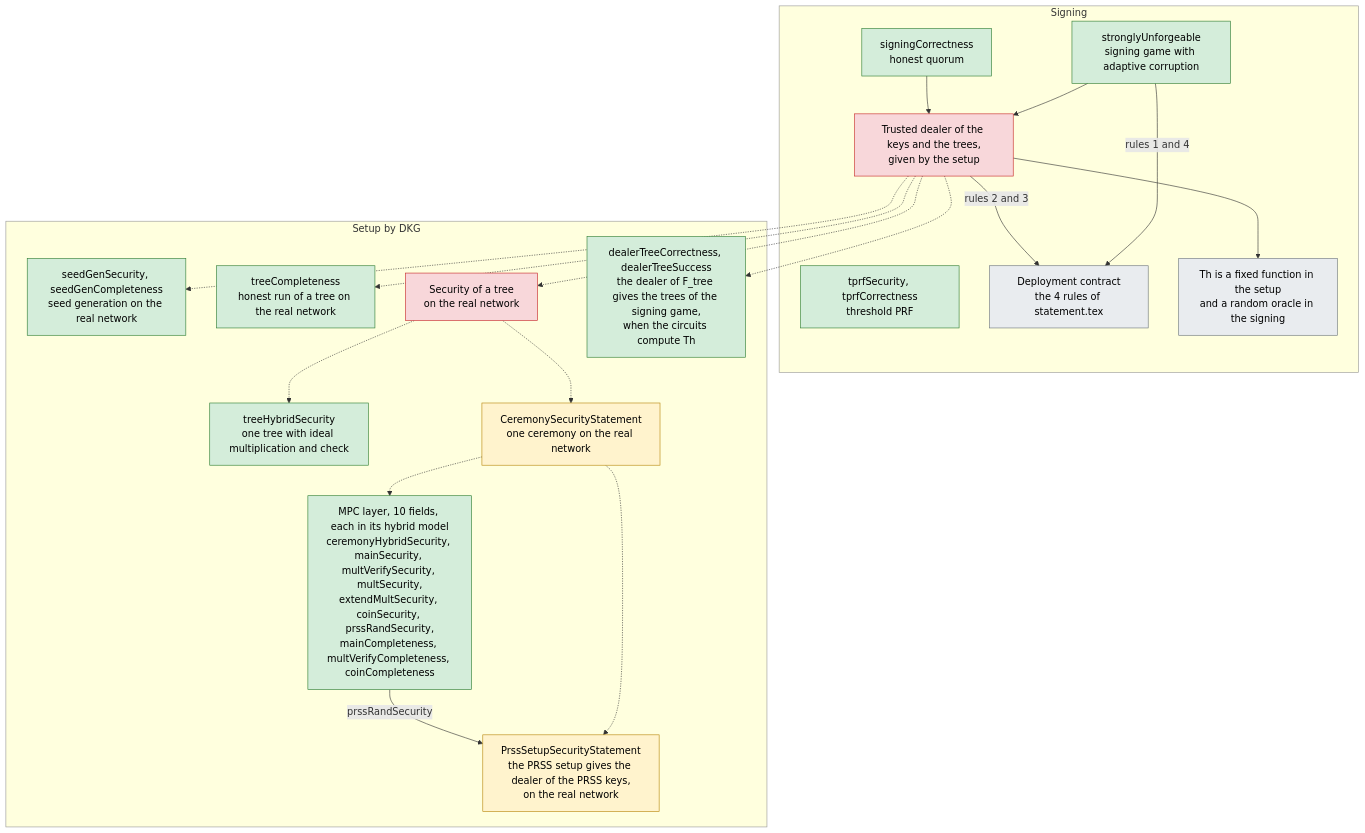
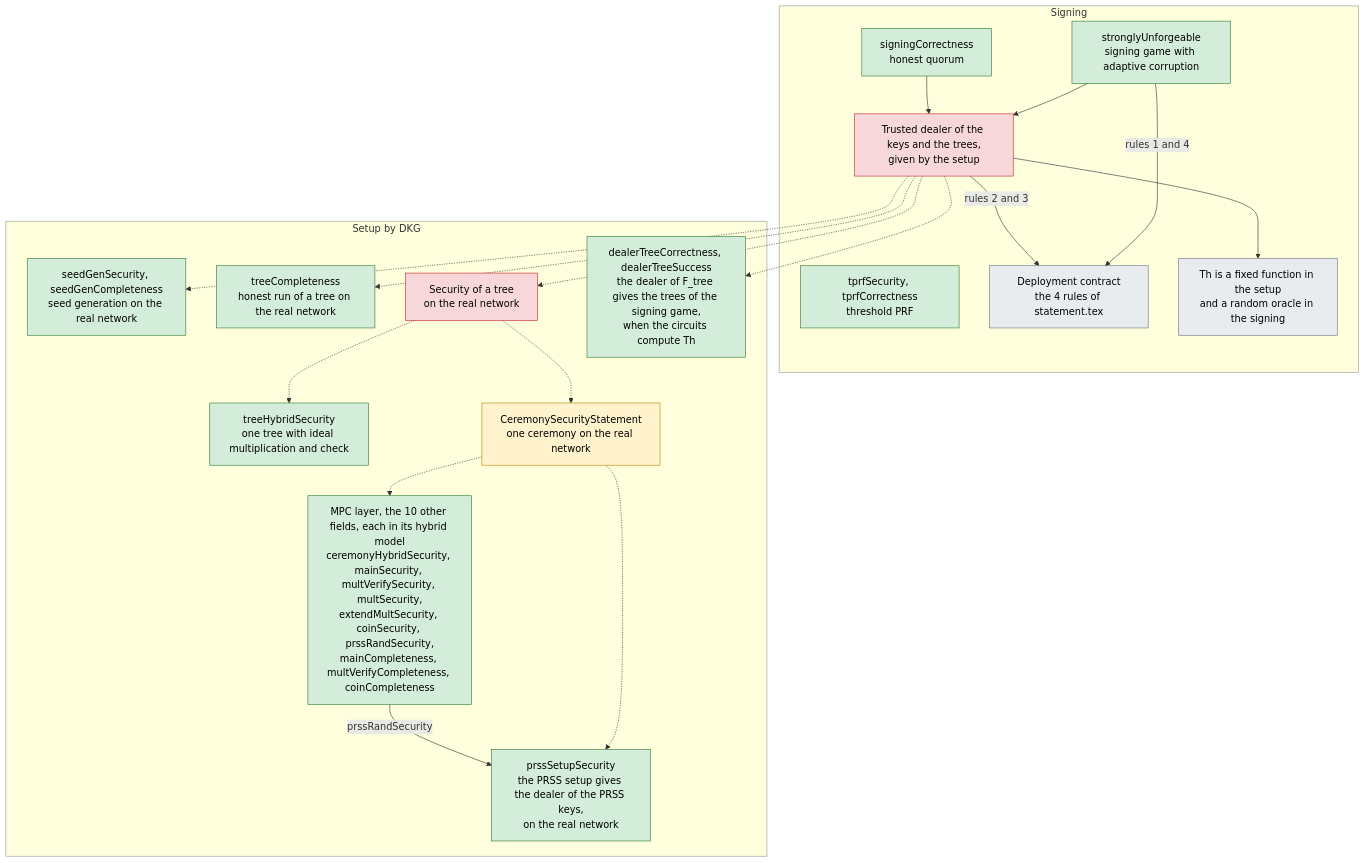
Before and after one commit to han0110/threshold-lean-xmss: the diagram in formal/README.md, drawn with Mermaid. The commit also changed other lines of this file and 6 other files, not shown here.

First line of the commit message:
feat(formal): prove the PRSS setup claim, field 21 of the bundle

````diff
--- a/formal/README.md
+++ b/formal/README.md
@@ -59,45 +60,45 @@
 ```mermaid
 flowchart TB
   classDef proved fill:#d4edda,stroke:#2e7d32,color:#000
   classDef stated fill:#fff3cd,stroke:#b8860b,color:#000
   classDef missing fill:#f8d7da,stroke:#c62828,color:#000
   classDef assumed fill:#e9ecef,stroke:#6c757d,color:#000
 
   subgraph SIG["Signing"]
     SUF["stronglyUnforgeable<br/>signing game with adaptive corruption"]:::proved
     SCOR["signingCorrectness<br/>honest quorum"]:::proved
     TPRF["tprfSecurity, tprfCorrectness<br/>threshold PRF"]:::proved
     DEALT["Trusted dealer of the keys and the trees,<br/>given by the setup"]:::missing
     RULES["Deployment contract<br/>the 4 rules of statement.tex"]:::assumed
     HEUR["Th is a fixed function in the setup<br/>and a random oracle in the signing"]:::assumed
   end
 
   subgraph DKG["Setup by DKG"]
     SEED["seedGenSecurity, seedGenCompleteness<br/>seed generation on the real network"]:::proved
     TCOMP["treeCompleteness<br/>honest run of a tree on the real network"]:::proved
     THYB["treeHybridSecurity<br/>one tree with ideal multiplication and check"]:::proved
     TSEC["Security of a tree<br/>on the real network"]:::missing
     DEALER["dealerTreeCorrectness, dealerTreeSuccess<br/>the dealer of F_tree gives the trees of the signing game,<br/>when the circuits compute Th"]:::proved
     CSEC["CeremonySecurityStatement<br/>one ceremony on the real network"]:::stated
-    MPC["MPC layer, 10 fields, each in its hybrid model<br/>ceremonyHybridSecurity, mainSecurity, multVerifySecurity, multSecurity,<br/>extendMultSecurity, coinSecurity, prssRandSecurity,<br/>mainCompleteness, multVerifyCompleteness, coinCompleteness"]:::proved
-    PKEYS["PrssSetupSecurityStatement<br/>the PRSS setup gives the dealer of the PRSS keys,<br/>on the real network"]:::stated
+    MPC["MPC layer, the 10 other fields, each in its hybrid model<br/>ceremonyHybridSecurity, mainSecurity, multVerifySecurity, multSecurity,<br/>extendMultSecurity, coinSecurity, prssRandSecurity,<br/>mainCompleteness, multVerifyCompleteness, coinCompleteness"]:::proved
+    PKEYS["prssSetupSecurity<br/>the PRSS setup gives the dealer of the PRSS keys,<br/>on the real network"]:::proved
   end
 
   style SIG stroke:#999999
   style DKG stroke:#999999
 
   SUF --> DEALT
   SCOR --> DEALT
   SUF -->|rules 1 and 4| RULES
   DEALT -->|rules 2 and 3| RULES
   DEALT --> HEUR
   DEALT -.-> SEED
   DEALT -.-> DEALER
   DEALT -.-> TCOMP
   DEALT -.-> TSEC
   TSEC -.-> THYB
   TSEC -.-> CSEC
   CSEC -.-> MPC
   CSEC -.-> PKEYS
   MPC -->|prssRandSecurity| PKEYS
 ```
````
